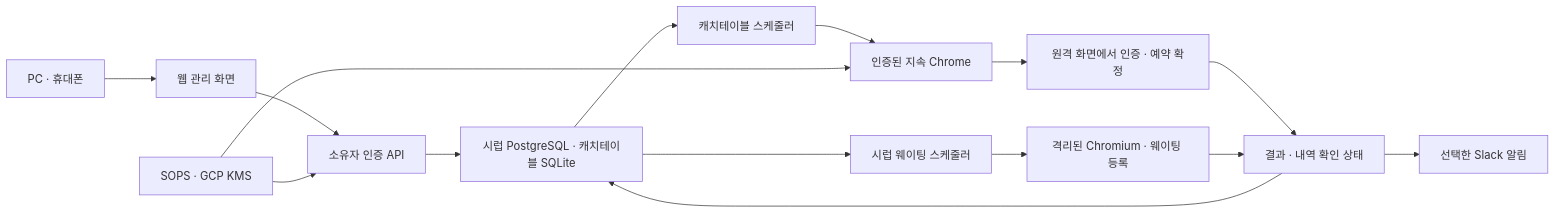
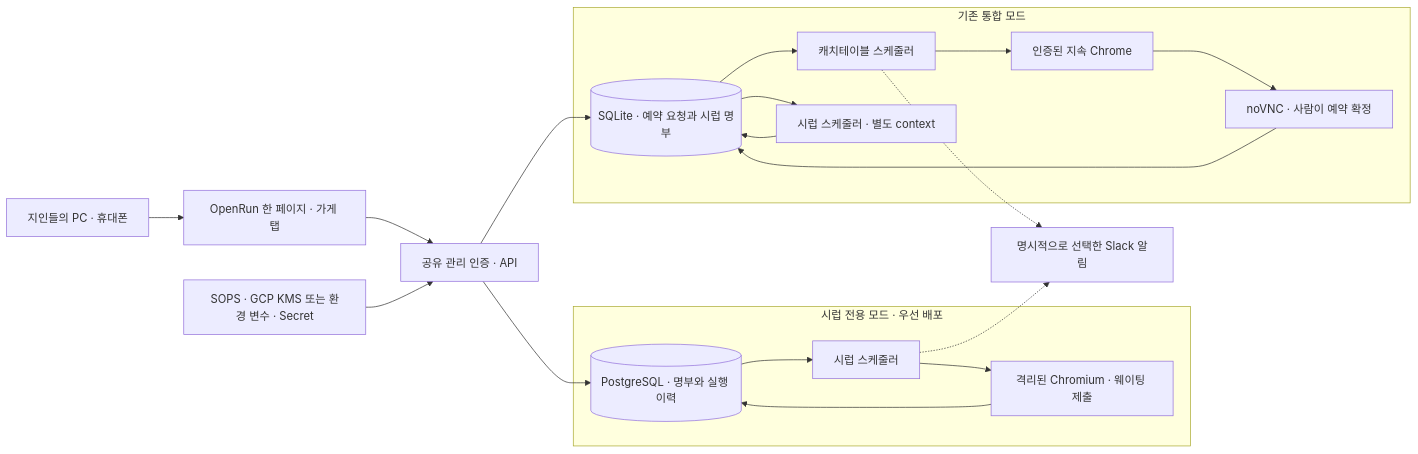
Before and after one commit to yongseongkim/openrun: the diagram in README.md, drawn with Mermaid. The commit also changed other lines of this file and 1 other file, not shown here.

Commit message:
docs: clarify product purpose and system architecture

````diff
--- a/README.md
+++ b/README.md
@@ -17,17 +28,25 @@
 ```mermaid
 flowchart LR
-  User["PC · 휴대폰"] --> Web["웹 관리 화면"]
-  Web --> API["소유자 인증 API"]
-  API --> DB["시럽 PostgreSQL · 캐치테이블 SQLite"]
-  DB --> CT["캐치테이블 스케줄러"]
-  DB --> Syrup["시럽 웨이팅 스케줄러"]
-  CT --> Chrome["인증된 지속 Chrome"]
-  Chrome --> Human["원격 화면에서 인증 · 예약 확정"]
-  Syrup --> Worker["격리된 Chromium · 웨이팅 등록"]
-  Human --> Result["결과 · 내역 확인 상태"]
-  Worker --> Result
-  Result --> DB
-  Result --> Slack["선택한 Slack 알림"]
-  KMS["SOPS · GCP KMS"] --> API
-  KMS --> Chrome
+  User["지인들의 PC · 휴대폰"] --> Web["OpenRun 한 페이지 · 가게 탭"]
+  Web --> API["공유 관리 인증 · API"]
+  subgraph Waiting["시럽 전용 모드 · 우선 배포"]
+    PG[("PostgreSQL · 명부와 실행 이력")]
+    WS["시럽 스케줄러"] --> Syrup["격리된 Chromium · 웨이팅 제출"]
+    PG --> WS
+    Syrup --> PG
+  end
+  subgraph Combined["기존 통합 모드"]
+    SQLite[("SQLite · 예약 요청과 시럽 명부")]
+    CS["캐치테이블 스케줄러"] --> Chrome["인증된 지속 Chrome"]
+    Chrome --> Viewer["noVNC · 사람이 예약 확정"]
+    SQLite --> CS
+    Viewer --> SQLite
+    SQLite --> LegacySyrup["시럽 스케줄러 · 별도 context"]
+    LegacySyrup --> SQLite
+  end
+  API --> PG
+  API --> SQLite
+  Secrets["SOPS · GCP KMS 또는 환경 변수 · Secret"] --> API
+  WS -.-> Slack["명시적으로 선택한 Slack 알림"]
+  CS -.-> Slack
 ```
````
